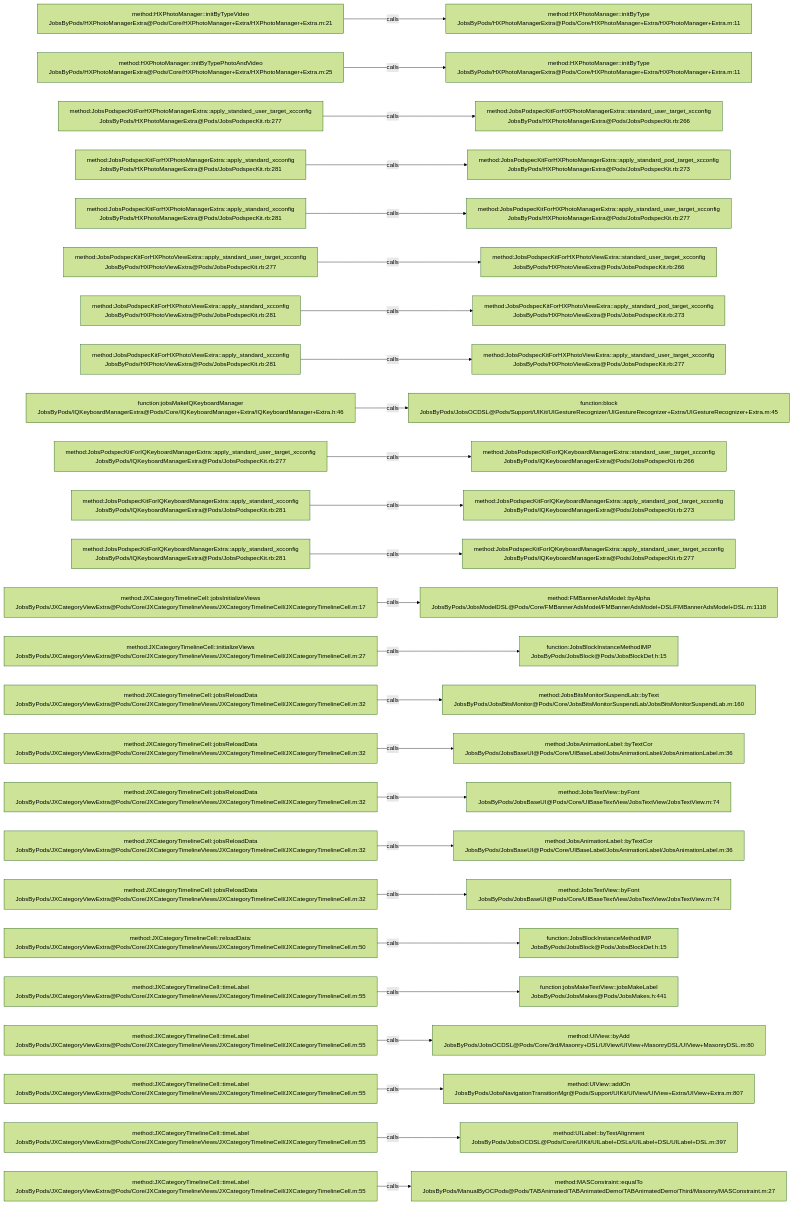
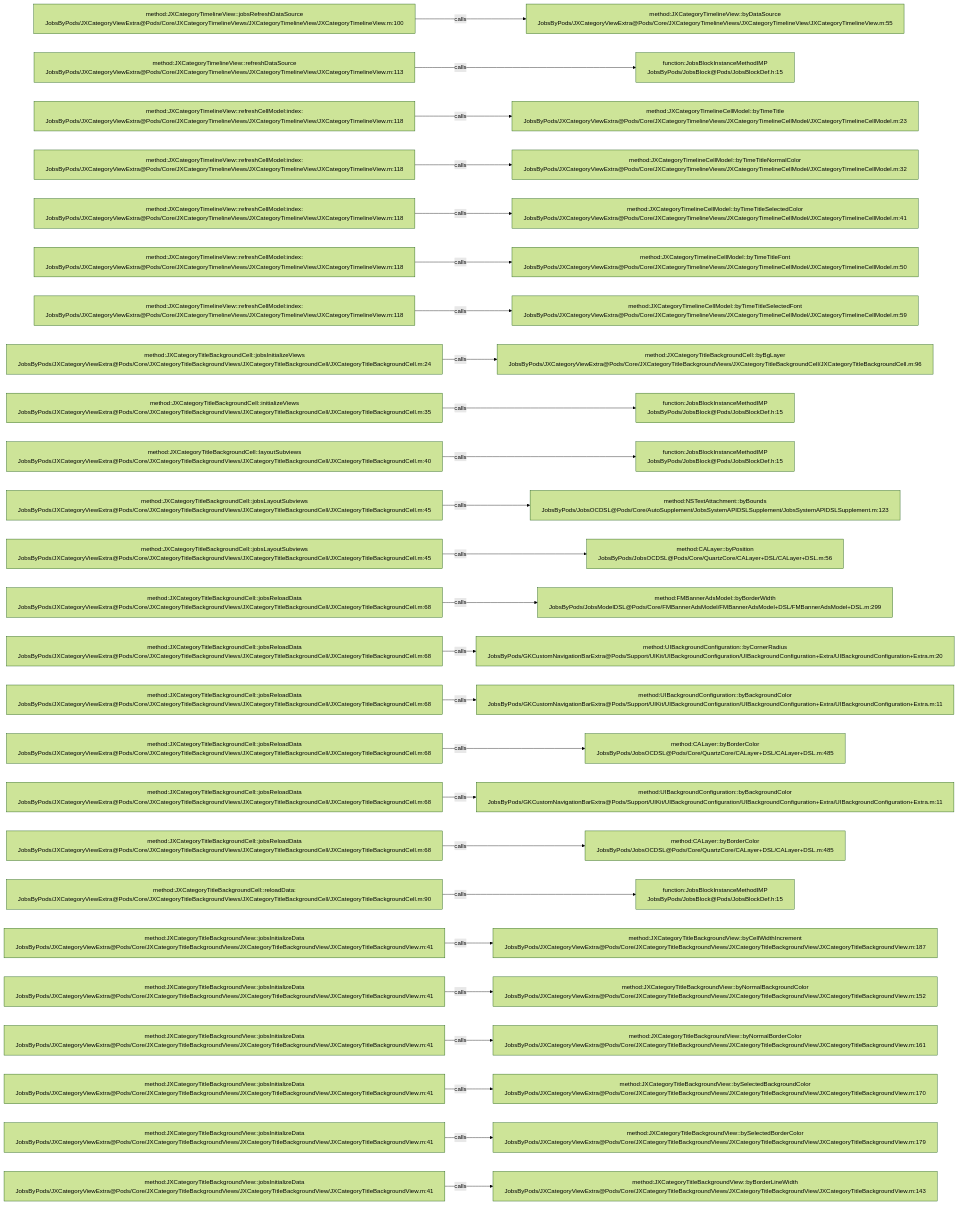
The diagram in .codegraph/codegraph.md/graphs/calls-048.md (JobsKits/JobsOCBaseConfigDemo), drawn with Mermaid (forest theme) before and after one commit. The commit also changed 223 other files, not shown here.

````diff
--- a/.codegraph/codegraph.md/graphs/calls-048.md
+++ b/.codegraph/codegraph.md/graphs/calls-048.md
@@ -13,78 +13,78 @@
 ```mermaid
 flowchart LR
-  S1["method:HXPhotoManager::initByTypeVideo<br/>JobsByPods/HXPhotoManagerExtra@Pods/Core/HXPhotoManager+Extra/HXPhotoManager+Extra.m:21"]
-  T1["method:HXPhotoManager::initByType<br/>JobsByPods/HXPhotoManagerExtra@Pods/Core/HXPhotoManager+Extra/HXPhotoManager+Extra.m:11"]
+  S1["method:JXCategoryTimelineView::jobsRefreshDataSource<br/>JobsByPods/JXCategoryViewExtra@Pods/Core/JXCategoryTimelineViews/JXCategoryTimelineView/JXCategoryTimelineView.m:100"]
+  T1["method:JXCategoryTimelineView::byDataSource<br/>JobsByPods/JXCategoryViewExtra@Pods/Core/JXCategoryTimelineViews/JXCategoryTimelineView/JXCategoryTimelineView.m:55"]
   S1 -->|calls| T1
-  S2["method:HXPhotoManager::initByTypePhotoAndVideo<br/>JobsByPods/HXPhotoManagerExtra@Pods/Core/HXPhotoManager+Extra/HXPhotoManager+Extra.m:25"]
-  T2["method:HXPhotoManager::initByType<br/>JobsByPods/HXPhotoManagerExtra@Pods/Core/HXPhotoManager+Extra/HXPhotoManager+Extra.m:11"]
+  S2["method:JXCategoryTimelineView::refreshDataSource<br/>JobsByPods/JXCategoryViewExtra@Pods/Core/JXCategoryTimelineViews/JXCategoryTimelineView/JXCategoryTimelineView.m:113"]
+  T2["function:JobsBlockInstanceMethodIMP<br/>JobsByPods/JobsBlock@Pods/JobsBlockDef.h:15"]
   S2 -->|calls| T2
-  S3["method:JobsPodspecKitForHXPhotoManagerExtra::apply_standard_user_target_xcconfig<br/>JobsByPods/HXPhotoManagerExtra@Pods/JobsPodspecKit.rb:277"]
-  T3["method:JobsPodspecKitForHXPhotoManagerExtra::standard_user_target_xcconfig<br/>JobsByPods/HXPhotoManagerExtra@Pods/JobsPodspecKit.rb:266"]
+  S3["method:JXCategoryTimelineView::refreshCellModel:index:<br/>JobsByPods/JXCategoryViewExtra@Pods/Core/JXCategoryTimelineViews/JXCategoryTimelineView/JXCategoryTimelineView.m:118"]
+  T3["method:JXCategoryTimelineCellModel::byTimeTitle<br/>JobsByPods/JXCategoryViewExtra@Pods/Core/JXCategoryTimelineViews/JXCategoryTimelineCellModel/JXCategoryTimelineCellModel.m:23"]
   S3 -->|calls| T3
-  S4["method:JobsPodspecKitForHXPhotoManagerExtra::apply_standard_xcconfig<br/>JobsByPods/HXPhotoManagerExtra@Pods/JobsPodspecKit.rb:281"]
-  T4["method:JobsPodspecKitForHXPhotoManagerExtra::apply_standard_pod_target_xcconfig<br/>JobsByPods/HXPhotoManagerExtra@Pods/JobsPodspecKit.rb:273"]
+  S4["method:JXCategoryTimelineView::refreshCellModel:index:<br/>JobsByPods/JXCategoryViewExtra@Pods/Core/JXCategoryTimelineViews/JXCategoryTimelineView/JXCategoryTimelineView.m:118"]
+  T4["method:JXCategoryTimelineCellModel::byTimeTitleNormalColor<br/>JobsByPods/JXCategoryViewExtra@Pods/Core/JXCategoryTimelineViews/JXCategoryTimelineCellModel/JXCategoryTimelineCellModel.m:32"]
   S4 -->|calls| T4
-  S5["method:JobsPodspecKitForHXPhotoManagerExtra::apply_standard_xcconfig<br/>JobsByPods/HXPhotoManagerExtra@Pods/JobsPodspecKit.rb:281"]
-  T5["method:JobsPodspecKitForHXPhotoManagerExtra::apply_standard_user_target_xcconfig<br/>JobsByPods/HXPhotoManagerExtra@Pods/JobsPodspecKit.rb:277"]
+  S5["method:JXCategoryTimelineView::refreshCellModel:index:<br/>JobsByPods/JXCategoryViewExtra@Pods/Core/JXCategoryTimelineViews/JXCategoryTimelineView/JXCategoryTimelineView.m:118"]
+  T5["method:JXCategoryTimelineCellModel::byTimeTitleSelectedColor<br/>JobsByPods/JXCategoryViewExtra@Pods/Core/JXCategoryTimelineViews/JXCategoryTimelineCellModel/JXCategoryTimelineCellModel.m:41"]
   S5 -->|calls| T5
-  S6["method:JobsPodspecKitForHXPhotoViewExtra::apply_standard_user_target_xcconfig<br/>JobsByPods/HXPhotoViewExtra@Pods/JobsPodspecKit.rb:277"]
-  T6["method:JobsPodspecKitForHXPhotoViewExtra::standard_user_target_xcconfig<br/>JobsByPods/HXPhotoViewExtra@Pods/JobsPodspecKit.rb:266"]
+  S6["method:JXCategoryTimelineView::refreshCellModel:index:<br/>JobsByPods/JXCategoryViewExtra@Pods/Core/JXCategoryTimelineViews/JXCategoryTimelineView/JXCategoryTimelineView.m:118"]
+  T6["method:JXCategoryTimelineCellModel::byTimeTitleFont<br/>JobsByPods/JXCategoryViewExtra@Pods/Core/JXCategoryTimelineViews/JXCategoryTimelineCellModel/JXCategoryTimelineCellModel.m:50"]
   S6 -->|calls| T6
-  S7["method:JobsPodspecKitForHXPhotoViewExtra::apply_standard_xcconfig<br/>JobsByPods/HXPhotoViewExtra@Pods/JobsPodspecKit.rb:281"]
-  T7["method:JobsPodspecKitForHXPhotoViewExtra::apply_standard_pod_target_xcconfig<br/>JobsByPods/HXPhotoViewExtra@Pods/JobsPodspecKit.rb:273"]
+  S7["method:JXCategoryTimelineView::refreshCellModel:index:<br/>JobsByPods/JXCategoryViewExtra@Pods/Core/JXCategoryTimelineViews/JXCategoryTimelineView/JXCategoryTimelineView.m:118"]
+  T7["method:JXCategoryTimelineCellModel::byTimeTitleSelectedFont<br/>JobsByPods/JXCategoryViewExtra@Pods/Core/JXCategoryTimelineViews/JXCategoryTimelineCellModel/JXCategoryTimelineCellModel.m:59"]
   S7 -->|calls| T7
-  S8["method:JobsPodspecKitForHXPhotoViewExtra::apply_standard_xcconfig<br/>JobsByPods/HXPhotoViewExtra@Pods/JobsPodspecKit.rb:281"]
-  T8["method:JobsPodspecKitForHXPhotoViewExtra::apply_standard_user_target_xcconfig<br/>JobsByPods/HXPhotoViewExtra@Pods/JobsPodspecKit.rb:277"]
+  S8["method:JXCategoryTitleBackgroundCell::jobsInitializeViews<br/>JobsByPods/JXCategoryViewExtra@Pods/Core/JXCategoryTitleBackgroundViews/JXCategoryTitleBackgroundCell/JXCategoryTitleBackgroundCell.m:24"]
+  T8["method:JXCategoryTitleBackgroundCell::byBgLayer<br/>JobsByPods/JXCategoryViewExtra@Pods/Core/JXCategoryTitleBackgroundViews/JXCategoryTitleBackgroundCell/JXCategoryTitleBackgroundCell.m:96"]
   S8 -->|calls| T8
-  S9["function:jobsMakeIQKeyboardManager<br/>JobsByPods/IQKeyboardManagerExtra@Pods/Core/IQKeyboardManager+Extra/IQKeyboardManager+Extra.h:46"]
-  T9["function:block<br/>JobsByPods/JobsOCDSL@Pods/Support/UIKit/UIGestureRecognizer/UIGestureRecognizer+Extra/UIGestureRecognizer+Extra.m:45"]
+  S9["method:JXCategoryTitleBackgroundCell::initializeViews<br/>JobsByPods/JXCategoryViewExtra@Pods/Core/JXCategoryTitleBackgroundViews/JXCategoryTitleBackgroundCell/JXCategoryTitleBackgroundCell.m:35"]
+  T9["function:JobsBlockInstanceMethodIMP<br/>JobsByPods/JobsBlock@Pods/JobsBlockDef.h:15"]
   S9 -->|calls| T9
-  S10["method:JobsPodspecKitForIQKeyboardManagerExtra::apply_standard_user_target_xcconfig<br/>JobsByPods/IQKeyboardManagerExtra@Pods/JobsPodspecKit.rb:277"]
-  T10["method:JobsPodspecKitForIQKeyboardManagerExtra::standard_user_target_xcconfig<br/>JobsByPods/IQKeyboardManagerExtra@Pods/JobsPodspecKit.rb:266"]
+  S10["method:JXCategoryTitleBackgroundCell::layoutSubviews<br/>JobsByPods/JXCategoryViewExtra@Pods/Core/JXCategoryTitleBackgroundViews/JXCategoryTitleBackgroundCell/JXCategoryTitleBackgroundCell.m:40"]
+  T10["function:JobsBlockInstanceMethodIMP<br/>JobsByPods/JobsBlock@Pods/JobsBlockDef.h:15"]
   S10 -->|calls| T10
-  S11["method:JobsPodspecKitForIQKeyboardManagerExtra::apply_standard_xcconfig<br/>JobsByPods/IQKeyboardManagerExtra@Pods/JobsPodspecKit.rb:281"]
-  T11["method:JobsPodspecKitForIQKeyboardManagerExtra::apply_standard_pod_target_xcconfig<br/>JobsByPods/IQKeyboardManagerExtra@Pods/JobsPodspecKit.rb:273"]
+  S11["method:JXCategoryTitleBackgroundCell::jobsLayoutSubviews<br/>JobsByPods/JXCategoryViewExtra@Pods/Core/JXCategoryTitleBackgroundViews/JXCategoryTitleBackgroundCell/JXCategoryTitleBackgroundCell.m:45"]
+  T11["method:NSTextAttachment::byBounds<br/>JobsByPods/JobsOCDSL@Pods/Core/AutoSupplement/JobsSystemAPIDSLSupplement/JobsSystemAPIDSLSupplement.m:123"]
   S11 -->|calls| T11
-  S12["method:JobsPodspecKitForIQKeyboardManagerExtra::apply_standard_xcconfig<br/>JobsByPods/IQKeyboardManagerExtra@Pods/JobsPodspecKit.rb:281"]
-  T12["method:JobsPodspecKitForIQKeyboardManagerExtra::apply_standard_user_target_xcconfig<br/>JobsByPods/IQKeyboardManagerExtra@Pods/JobsPodspecKit.rb:277"]
+  S12["method:JXCategoryTitleBackgroundCell::jobsLayoutSubviews<br/>JobsByPods/JXCategoryViewExtra@Pods/Core/JXCategoryTitleBackgroundViews/JXCategoryTitleBackgroundCell/JXCategoryTitleBackgroundCell.m:45"]
+  T12["method:CALayer::byPosition<br/>JobsByPods/JobsOCDSL@Pods/Core/QuartzCore/CALayer+DSL/CALayer+DSL.m:56"]
   S12 -->|calls| T12
-  S13["method:JXCategoryTimelineCell::jobsInitializeViews<br/>JobsByPods/JXCategoryViewExtra@Pods/Core/JXCategoryTimelineViews/JXCategoryTimelineCell/JXCategoryTimelineCell.m:17"]
-  T13["method:FMBannerAdsModel::byAlpha<br/>JobsByPods/JobsModelDSL@Pods/Core/FMBannerAdsModel/FMBannerAdsModel+DSL/FMBannerAdsModel+DSL.m:1118"]
+  S13["method:JXCategoryTitleBackgroundCell::jobsReloadData<br/>JobsByPods/JXCategoryViewExtra@Pods/Core/JXCategoryTitleBackgroundViews/JXCategoryTitleBackgroundCell/JXCategoryTitleBackgroundCell.m:68"]
+  T13["method:FMBannerAdsModel::byBorderWidth<br/>JobsByPods/JobsModelDSL@Pods/Core/FMBannerAdsModel/FMBannerAdsModel+DSL/FMBannerAdsModel+DSL.m:299"]
   S13 -->|calls| T13
-  S14["method:JXCategoryTimelineCell::initializeViews<br/>JobsByPods/JXCategoryViewExtra@Pods/Core/JXCategoryTimelineViews/JXCategoryTimelineCell/JXCategoryTimelineCell.m:27"]
-  T14["function:JobsBlockInstanceMethodIMP<br/>JobsByPods/JobsBlock@Pods/JobsBlockDef.h:15"]
+  S14["method:JXCategoryTitleBackgroundCell::jobsReloadData<br/>JobsByPods/JXCategoryViewExtra@Pods/Core/JXCategoryTitleBackgroundViews/JXCategoryTitleBackgroundCell/JXCategoryTitleBackgroundCell.m:68"]
+  T14["method:UIBackgroundConfiguration::byCornerRadius<br/>JobsByPods/GKCustomNavigationBarExtra@Pods/Support/UIKit/UIBackgroundConfiguration/UIBackgroundConfiguration+Extra/UIBackgroundConfiguration+Extra.m:20"]
   S14 -->|calls| T14
-  S15["method:JXCategoryTimelineCell::jobsReloadData<br/>JobsByPods/JXCategoryViewExtra@Pods/Core/JXCategoryTimelineViews/JXCategoryTimelineCell/JXCategoryTimelineCell.m:32"]
-  T15["method:JobsBitsMonitorSuspendLab::byText<br/>JobsByPods/JobsBitsMonitor@Pods/Core/JobsBitsMonitorSuspendLab/JobsBitsMonitorSuspendLab.m:160"]
+  S15["method:JXCategoryTitleBackgroundCell::jobsReloadData<br/>JobsByPods/JXCategoryViewExtra@Pods/Core/JXCategoryTitleBackgroundViews/JXCategoryTitleBackgroundCell/JXCategoryTitleBackgroundCell.m:68"]
+  T15["method:UIBackgroundConfiguration::byBackgroundColor<br/>JobsByPods/GKCustomNavigationBarExtra@Pods/Support/UIKit/UIBackgroundConfiguration/UIBackgroundConfiguration+Extra/UIBackgroundConfiguration+Extra.m:11"]
   S15 -->|calls| T15
-  S16["method:JXCategoryTimelineCell::jobsReloadData<br/>JobsByPods/JXCategoryViewExtra@Pods/Core/JXCategoryTimelineViews/JXCategoryTimelineCell/JXCategoryTimelineCell.m:32"]
-  T16["method:JobsAnimationLabel::byTextCor<br/>JobsByPods/JobsBaseUI@Pods/Core/UIBaseLabel/JobsAnimationLabel/JobsAnimationLabel.m:36"]
+  S16["method:JXCategoryTitleBackgroundCell::jobsReloadData<br/>JobsByPods/JXCategoryViewExtra@Pods/Core/JXCategoryTitleBackgroundViews/JXCategoryTitleBackgroundCell/JXCategoryTitleBackgroundCell.m:68"]
+  T16["method:CALayer::byBorderColor<br/>JobsByPods/JobsOCDSL@Pods/Core/QuartzCore/CALayer+DSL/CALayer+DSL.m:485"]
   S16 -->|calls| T16
-  S17["method:JXCategoryTimelineCell::jobsReloadData<br/>JobsByPods/JXCategoryViewExtra@Pods/Core/JXCategoryTimelineViews/JXCategoryTimelineCell/JXCategoryTimelineCell.m:32"]
-  T17["method:JobsTextView::byFont<br/>JobsByPods/JobsBaseUI@Pods/Core/UIBaseTextView/JobsTextView/JobsTextView.m:74"]
+  S17["method:JXCategoryTitleBackgroundCell::jobsReloadData<br/>JobsByPods/JXCategoryViewExtra@Pods/Core/JXCategoryTitleBackgroundViews/JXCategoryTitleBackgroundCell/JXCategoryTitleBackgroundCell.m:68"]
+  T17["method:UIBackgroundConfiguration::byBackgroundColor<br/>JobsByPods/GKCustomNavigationBarExtra@Pods/Support/UIKit/UIBackgroundConfiguration/UIBackgroundConfiguration+Extra/UIBackgroundConfiguration+Extra.m:11"]
   S17 -->|calls| T17
-  S18["method:JXCategoryTimelineCell::jobsReloadData<br/>JobsByPods/JXCategoryViewExtra@Pods/Core/JXCategoryTimelineViews/JXCategoryTimelineCell/JXCategoryTimelineCell.m:32"]
-  T18["method:JobsAnimationLabel::byTextCor<br/>JobsByPods/JobsBaseUI@Pods/Core/UIBaseLabel/JobsAnimationLabel/JobsAnimationLabel.m:36"]
+  S18["method:JXCategoryTitleBackgroundCell::jobsReloadData<br/>JobsByPods/JXCategoryViewExtra@Pods/Core/JXCategoryTitleBackgroundViews/JXCategoryTitleBackgroundCell/JXCategoryTitleBackgroundCell.m:68"]
+  T18["method:CALayer::byBorderColor<br/>JobsByPods/JobsOCDSL@Pods/Core/QuartzCore/CALayer+DSL/CALayer+DSL.m:485"]
   S18 -->|calls| T18
-  S19["method:JXCategoryTimelineCell::jobsReloadData<br/>JobsByPods/JXCategoryViewExtra@Pods/Core/JXCategoryTimelineViews/JXCategoryTimelineCell/JXCategoryTimelineCell.m:32"]
-  T19["method:JobsTextView::byFont<br/>JobsByPods/JobsBaseUI@Pods/Core/UIBaseTextView/JobsTextView/JobsTextView.m:74"]
+  S19["method:JXCategoryTitleBackgroundCell::reloadData:<br/>JobsByPods/JXCategoryViewExtra@Pods/Core/JXCategoryTitleBackgroundViews/JXCategoryTitleBackgroundCell/JXCategoryTitleBackgroundCell.m:90"]
+  T19["function:JobsBlockInstanceMethodIMP<br/>JobsByPods/JobsBlock@Pods/JobsBlockDef.h:15"]
   S19 -->|calls| T19
-  S20["method:JXCategoryTimelineCell::reloadData:<br/>JobsByPods/JXCategoryViewExtra@Pods/Core/JXCategoryTimelineViews/JXCategoryTimelineCell/JXCategoryTimelineCell.m:50"]
-  T20["function:JobsBlockInstanceMethodIMP<br/>JobsByPods/JobsBlock@Pods/JobsBlockDef.h:15"]
+  S20["method:JXCategoryTitleBackgroundView::jobsInitializeData<br/>JobsByPods/JXCategoryViewExtra@Pods/Core/JXCategoryTitleBackgroundViews/JXCategoryTitleBackgroundView/JXCategoryTitleBackgroundView.m:41"]
+  T20["method:JXCategoryTitleBackgroundView::byCellWidthIncrement<br/>JobsByPods/JXCategoryViewExtra@Pods/Core/JXCategoryTitleBackgroundViews/JXCategoryTitleBackgroundView/JXCategoryTitleBackgroundView.m:187"]
   S20 -->|calls| T20
-  S21["method:JXCategoryTimelineCell::timeLabel<br/>JobsByPods/JXCategoryViewExtra@Pods/Core/JXCategoryTimelineViews/JXCategoryTimelineCell/JXCategoryTimelineCell.m:55"]
-  T21["function:jobsMakeTextView::jobsMakeLabel<br/>JobsByPods/JobsMakes@Pods/JobsMakes.h:441"]
+  S21["method:JXCategoryTitleBackgroundView::jobsInitializeData<br/>JobsByPods/JXCategoryViewExtra@Pods/Core/JXCategoryTitleBackgroundViews/JXCategoryTitleBackgroundView/JXCategoryTitleBackgroundView.m:41"]
+  T21["method:JXCategoryTitleBackgroundView::byNormalBackgroundColor<br/>JobsByPods/JXCategoryViewExtra@Pods/Core/JXCategoryTitleBackgroundViews/JXCategoryTitleBackgroundView/JXCategoryTitleBackgroundView.m:152"]
   S21 -->|calls| T21
-  S22["method:JXCategoryTimelineCell::timeLabel<br/>JobsByPods/JXCategoryViewExtra@Pods/Core/JXCategoryTimelineViews/JXCategoryTimelineCell/JXCategoryTimelineCell.m:55"]
-  T22["method:UIView::byAdd<br/>JobsByPods/JobsOCDSL@Pods/Core/3rd/Masonry+DSL/UIView/UIView+MasonryDSL/UIView+MasonryDSL.m:80"]
+  S22["method:JXCategoryTitleBackgroundView::jobsInitializeData<br/>JobsByPods/JXCategoryViewExtra@Pods/Core/JXCategoryTitleBackgroundViews/JXCategoryTitleBackgroundView/JXCategoryTitleBackgroundView.m:41"]
+  T22["method:JXCategoryTitleBackgroundView::byNormalBorderColor<br/>JobsByPods/JXCategoryViewExtra@Pods/Core/JXCategoryTitleBackgroundViews/JXCategoryTitleBackgroundView/JXCategoryTitleBackgroundView.m:161"]
   S22 -->|calls| T22
-  S23["method:JXCategoryTimelineCell::timeLabel<br/>JobsByPods/JXCategoryViewExtra@Pods/Core/JXCategoryTimelineViews/JXCategoryTimelineCell/JXCategoryTimelineCell.m:55"]
-  T23["method:UIView::addOn<br/>JobsByPods/JobsNavigationTransitionMgr@Pods/Support/UIKit/UIView/UIView+Extra/UIView+Extra.m:807"]
+  S23["method:JXCategoryTitleBackgroundView::jobsInitializeData<br/>JobsByPods/JXCategoryViewExtra@Pods/Core/JXCategoryTitleBackgroundViews/JXCategoryTitleBackgroundView/JXCategoryTitleBackgroundView.m:41"]
+  T23["method:JXCategoryTitleBackgroundView::bySelectedBackgroundColor<br/>JobsByPods/JXCategoryViewExtra@Pods/Core/JXCategoryTitleBackgroundViews/JXCategoryTitleBackgroundView/JXCategoryTitleBackgroundView.m:170"]
   S23 -->|calls| T23
-  S24["method:JXCategoryTimelineCell::timeLabel<br/>JobsByPods/JXCategoryViewExtra@Pods/Core/JXCategoryTimelineViews/JXCategoryTimelineCell/JXCategoryTimelineCell.m:55"]
-  T24["method:UILabel::byTextAlignment<br/>JobsByPods/JobsOCDSL@Pods/Core/UIKit/UILabel+DSLs/UILabel+DSL/UILabel+DSL.m:397"]
+  S24["method:JXCategoryTitleBackgroundView::jobsInitializeData<br/>JobsByPods/JXCategoryViewExtra@Pods/Core/JXCategoryTitleBackgroundViews/JXCategoryTitleBackgroundView/JXCategoryTitleBackgroundView.m:41"]
+  T24["method:JXCategoryTitleBackgroundView::bySelectedBorderColor<br/>JobsByPods/JXCategoryViewExtra@Pods/Core/JXCategoryTitleBackgroundViews/JXCategoryTitleBackgroundView/JXCategoryTitleBackgroundView.m:179"]
   S24 -->|calls| T24
-  S25["method:JXCategoryTimelineCell::timeLabel<br/>JobsByPods/JXCategoryViewExtra@Pods/Core/JXCategoryTimelineViews/JXCategoryTimelineCell/JXCategoryTimelineCell.m:55"]
-  T25["method:MASConstraint::equalTo<br/>JobsByPods/ManualByOCPods@Pods/TABAnimated/TABAnimatedDemo/TABAnimatedDemo/Third/Masonry/MASConstraint.m:27"]
+  S25["method:JXCategoryTitleBackgroundView::jobsInitializeData<br/>JobsByPods/JXCategoryViewExtra@Pods/Core/JXCategoryTitleBackgroundViews/JXCategoryTitleBackgroundView/JXCategoryTitleBackgroundView.m:41"]
+  T25["method:JXCategoryTitleBackgroundView::byBorderLineWidth<br/>JobsByPods/JXCategoryViewExtra@Pods/Core/JXCategoryTitleBackgroundViews/JXCategoryTitleBackgroundView/JXCategoryTitleBackgroundView.m:143"]
   S25 -->|calls| T25
 ```
````
